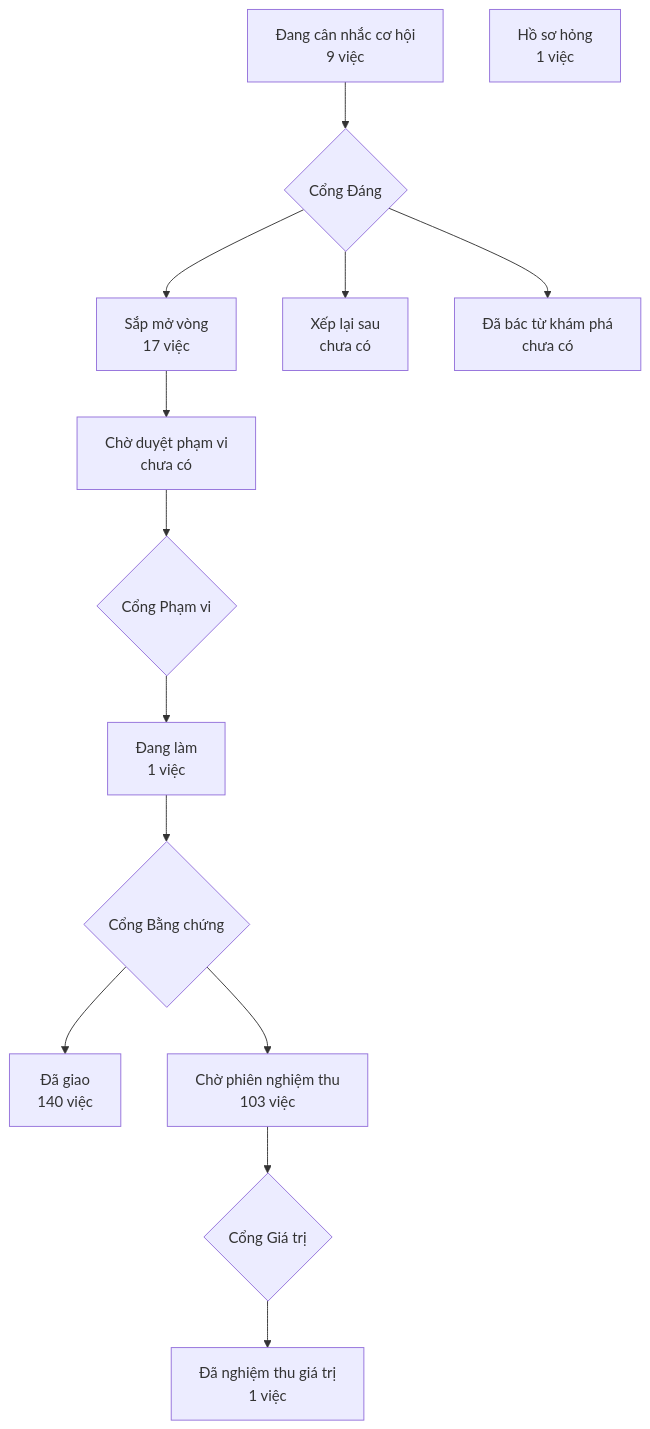
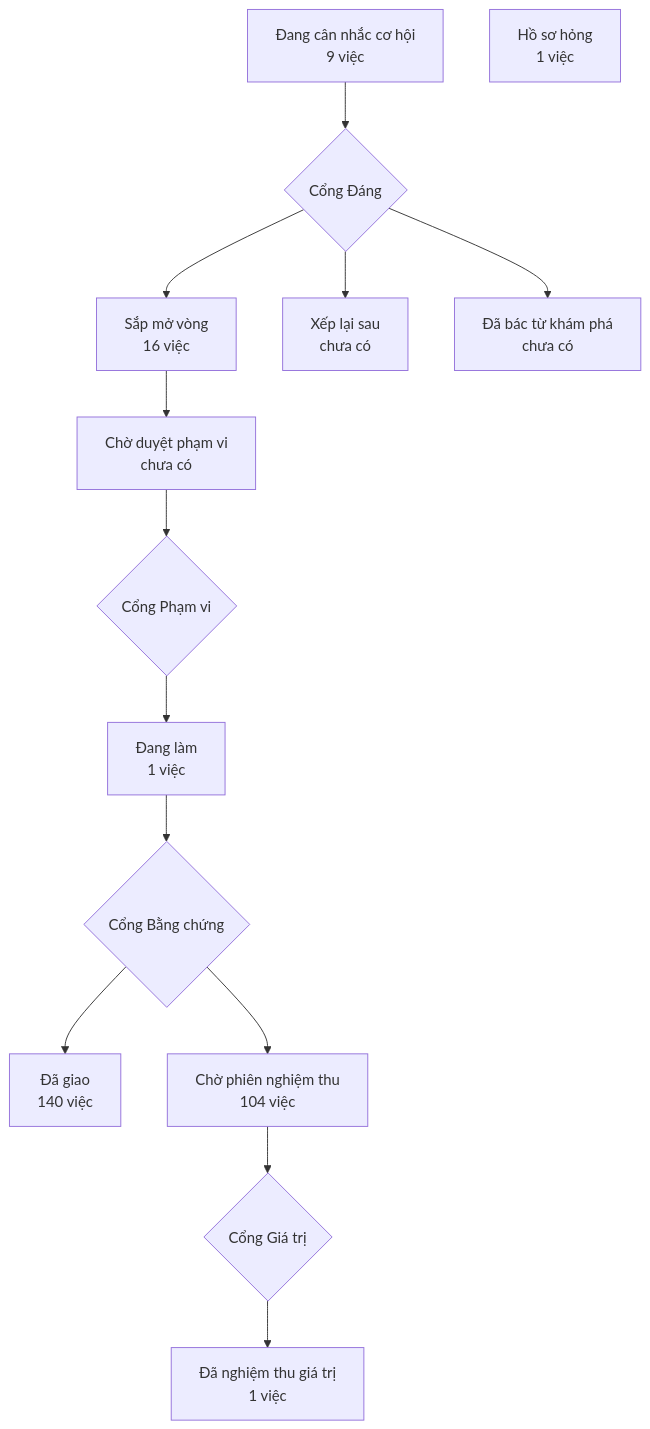
Before and after one commit to phanlemanh/crm-onehub: the diagram in PRODUCT-MAP.md, drawn with Mermaid. The commit also changed 1 other file, not shown here.

Commit message:
chore: vẽ lại bản đồ sản phẩm trên bản sạch sau gộp onehub c4c8ab0ab

````diff
--- a/PRODUCT-MAP.md
+++ b/PRODUCT-MAP.md
@@ -7,13 +7,13 @@
 ```mermaid
 flowchart TD
   A["Đang cân nhắc cơ hội<br/>9 việc"] --> GD{"Cổng Đáng"}
-  GD --> B["Sắp mở vòng<br/>17 việc"]
+  GD --> B["Sắp mở vòng<br/>16 việc"]
   GD --> XL["Xếp lại sau<br/>chưa có"]
   GD --> DB["Đã bác từ khám phá<br/>chưa có"]
   B --> CD["Chờ duyệt phạm vi<br/>chưa có"] --> GP{"Cổng Phạm vi"}
   GP --> DL["Đang làm<br/>1 việc"] --> GB{"Cổng Bằng chứng"}
   GB --> DG["Đã giao<br/>140 việc"]
-  GB --> CN["Chờ phiên nghiệm thu<br/>103 việc"] --> GG{"Cổng Giá trị"}
+  GB --> CN["Chờ phiên nghiệm thu<br/>104 việc"] --> GG{"Cổng Giá trị"}
   GG --> NT["Đã nghiệm thu giá trị<br/>1 việc"]
   HS["Hồ sơ hỏng<br/>1 việc"]
 ```
````
